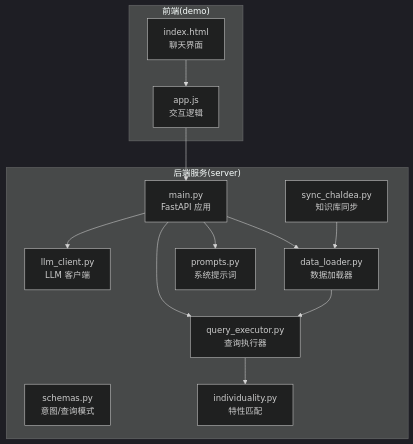
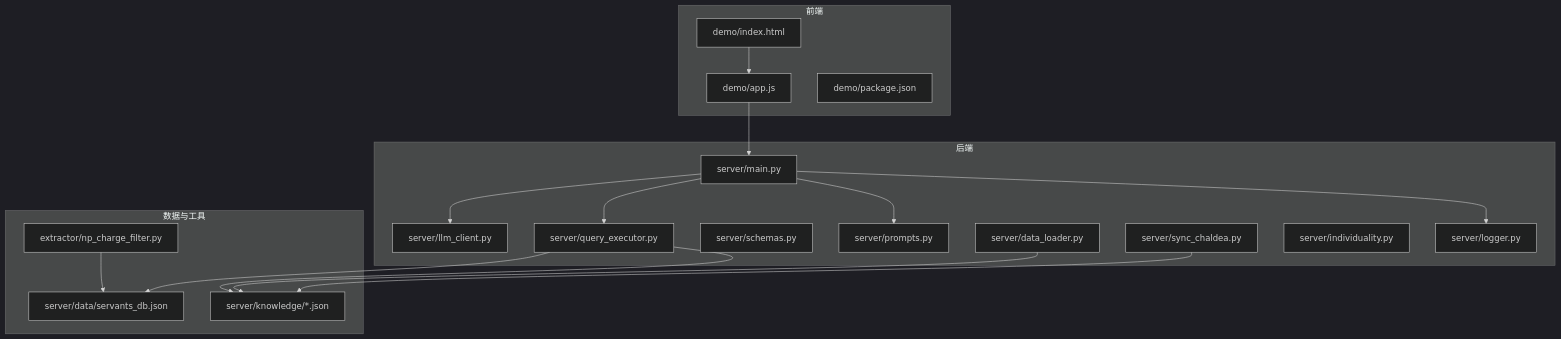
The first of 8 diagrams in .qoder/repowiki/zh/content/项目概述.md (kanoha222/Laplace), drawn with Mermaid (dark theme) before and after one commit. The commit also changed other lines of this file and 54 other files, not shown here.

````diff
--- a/.qoder/repowiki/zh/content/项目概述.md
+++ b/.qoder/repowiki/zh/content/项目概述.md
@@ -46,26 +51,35 @@
 ```mermaid
 graph TB
-subgraph "后端服务(server)"
-M["main.py<br/>FastAPI 应用"]
-P["prompts.py<br/>系统提示词"]
-L["llm_client.py<br/>LLM 客户端"]
-Q["query_executor.py<br/>查询执行器"]
-D["data_loader.py<br/>数据加载器"]
-S["sync_chaldea.py<br/>知识库同步"]
-SC["schemas.py<br/>意图/查询模式"]
-I["individuality.py<br/>特性匹配"]
+subgraph "前端"
+FE_HTML["demo/index.html"]
+FE_JS["demo/app.js"]
+FE_PKG["demo/package.json"]
 end
-subgraph "前端(demo)"
-H["index.html<br/>聊天界面"]
-J["app.js<br/>交互逻辑"]
+subgraph "后端"
+BE_MAIN["server/main.py"]
+BE_PROMPTS["server/prompts.py"]
+BE_LLM["server/llm_client.py"]
+BE_SCHEMAS["server/schemas.py"]
+BE_QUERY["server/query_executor.py"]
+BE_DATA["server/data_loader.py"]
+BE_SYNC["server/sync_chaldea.py"]
+BE_INDIV["server/individuality.py"]
+BE_LOG["server/logger.py"]
 end
-H --> J
-J --> M
-M --> L
-M --> Q
-M --> P
-Q --> I
-D --> Q
-S --> D
-M --> D
+subgraph "数据与工具"
+DATA_DB["server/data/servants_db.json"]
+KNOW["server/knowledge/*.json"]
+EXTRACT["extractor/np_charge_filter.py"]
+end
+FE_HTML --> FE_JS
+FE_JS --> BE_MAIN
+BE_MAIN --> BE_LLM
+BE_MAIN --> BE_QUERY
+BE_MAIN --> BE_PROMPTS
+BE_MAIN --> BE_LOG
+BE_QUERY --> DATA_DB
+BE_QUERY --> KNOW
+BE_DATA --> KNOW
+BE_SYNC --> KNOW
+EXTRACT --> DATA_DB
 ```
````
